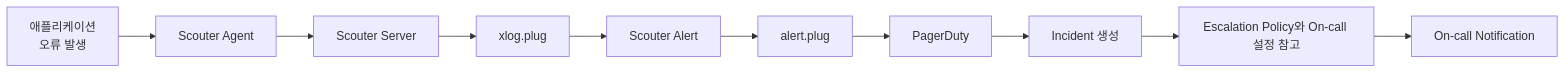
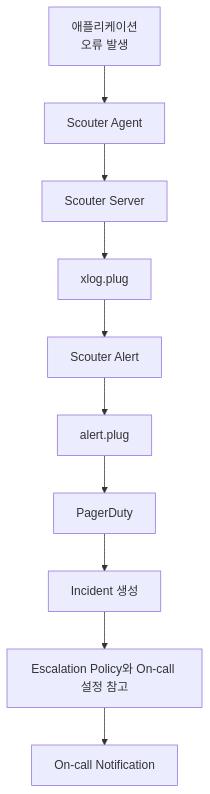
Before and after one commit to sanghoon-lee/sanghoon-lee.github.io: the second of 3 diagrams in _posts/2026-09-27-pagerduty7.md, drawn with Mermaid.

Commit message:
paygerduty 시리즈 마무리

````diff
--- a/_posts/2026-09-27-pagerduty7.md
+++ b/_posts/2026-09-27-pagerduty7.md
@@ -54,21 +54,21 @@
 ```mermaid
-flowchart LR
+flowchart TD
 
     A["애플리케이션<br/>오류 발생"] --> B["Scouter Agent"]
 
     B --> C["Scouter Server"]
 
     C --> D["xlog.plug"]
 
     D --> E["Scouter Alert"]
 
     E --> F["alert.plug"]
 
     F --> G["PagerDuty"]
 
     G --> H["Incident 생성"]
 
     H --> I["Escalation Policy와 On-call 설정 참고"]
 
     I --> J["On-call Notification"]
 ```
````
